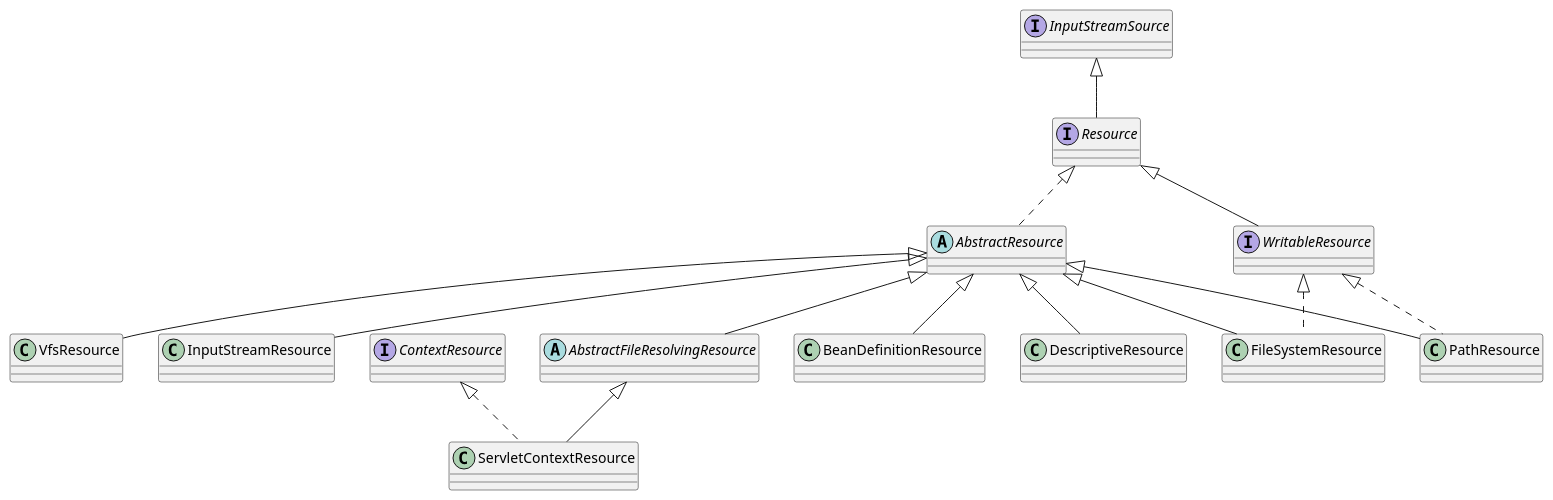
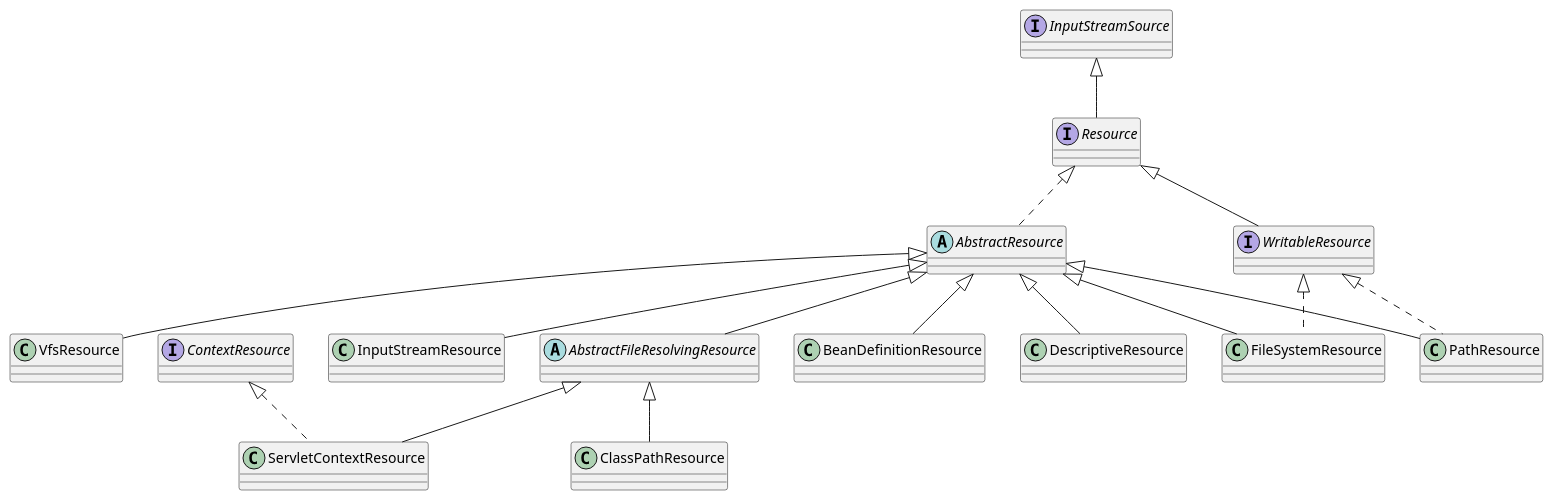
One commit to physicsLoveJava/java-miscellaneous changed the diagram in casual-things/src/main/resources/framework-uml/spring/beans/resource.puml. Above: the diagram before and after it, drawn with PlantUML. The commit also changed 1 other file, not shown here.

Commit message:
add @spring-sources resource class diagram add classpath resource

```diff
--- a/casual-things/src/main/resources/framework-uml/spring/beans/resource.puml
+++ b/casual-things/src/main/resources/framework-uml/spring/beans/resource.puml
@@ -1,26 +1,29 @@
 @startuml
 
 interface InputStreamSource
 
 interface Resource extends InputStreamSource
 
 abstract class AbstractResource implements Resource
 
 class InputStreamResource extends AbstractResource
 
 abstract class AbstractFileResolvingResource extends AbstractResource
 
 class BeanDefinitionResource extends AbstractResource
 
 class DescriptiveResource extends AbstractResource
 
 class FileSystemResource extends AbstractResource implements WritableResource
 
 interface WritableResource extends Resource
 
 class PathResource extends AbstractResource implements WritableResource
 
 class ServletContextResource extends AbstractFileResolvingResource implements ContextResource
 
 class VfsResource extends AbstractResource
+
+class ClassPathResource extends AbstractFileResolvingResource
+
 @enduml
```
